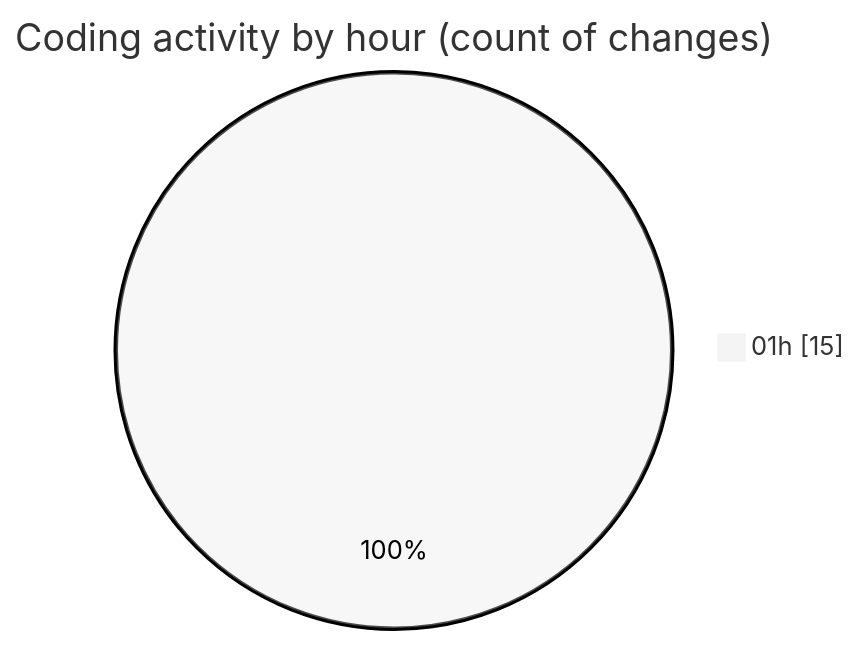
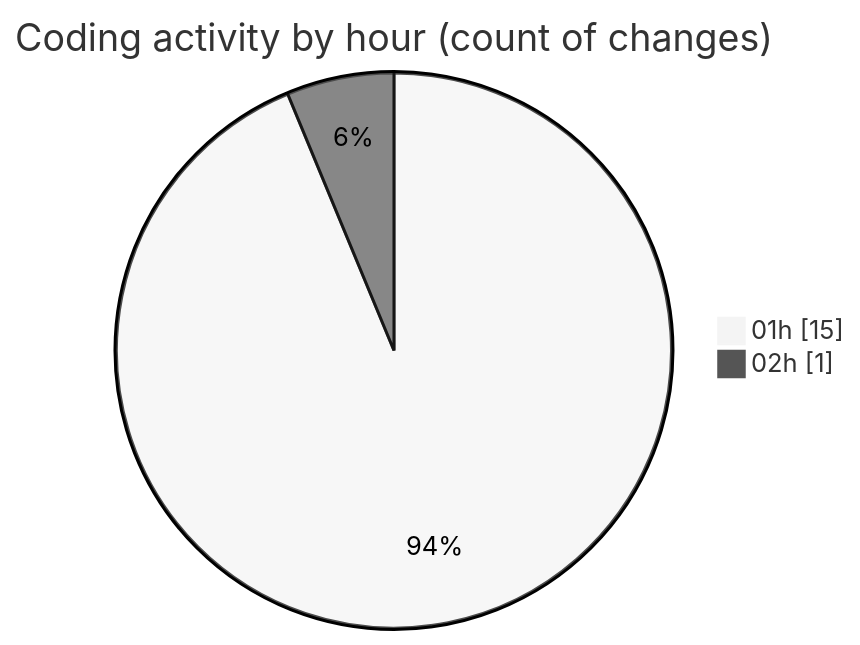
One commit to JenPaints/code-tracking changed the second of 2 diagrams in 2025-06-20/3d-gsap-scroll-template-main/README.md. Above: the diagram before and after it, drawn with Mermaid (neutral theme). The commit also changed other lines of this file and 1 other file, not shown here.

````diff
--- a/2025-06-20/3d-gsap-scroll-template-main/README.md
+++ b/2025-06-20/3d-gsap-scroll-template-main/README.md
@@ -30,5 +30,6 @@
 ```mermaid
 pie showData
 title Coding activity by hour (count of changes)
 "01h" : 15
+"02h" : 1
 ```
````
